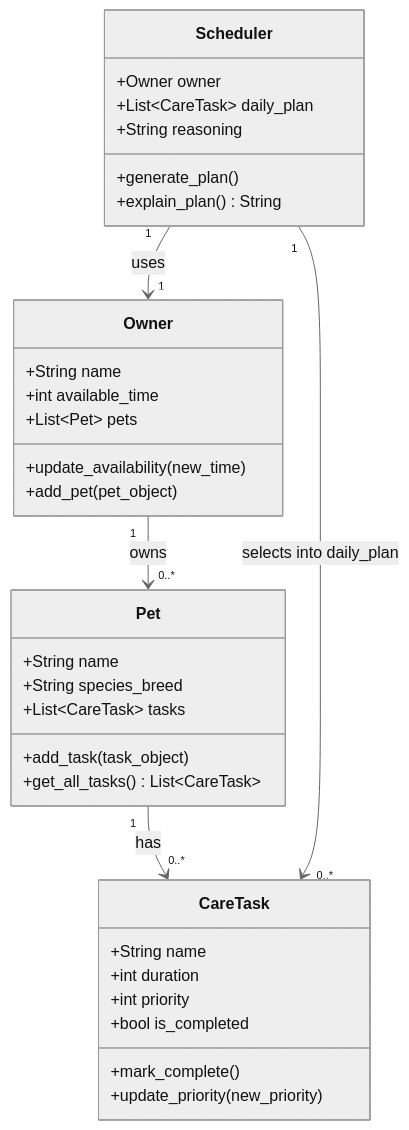
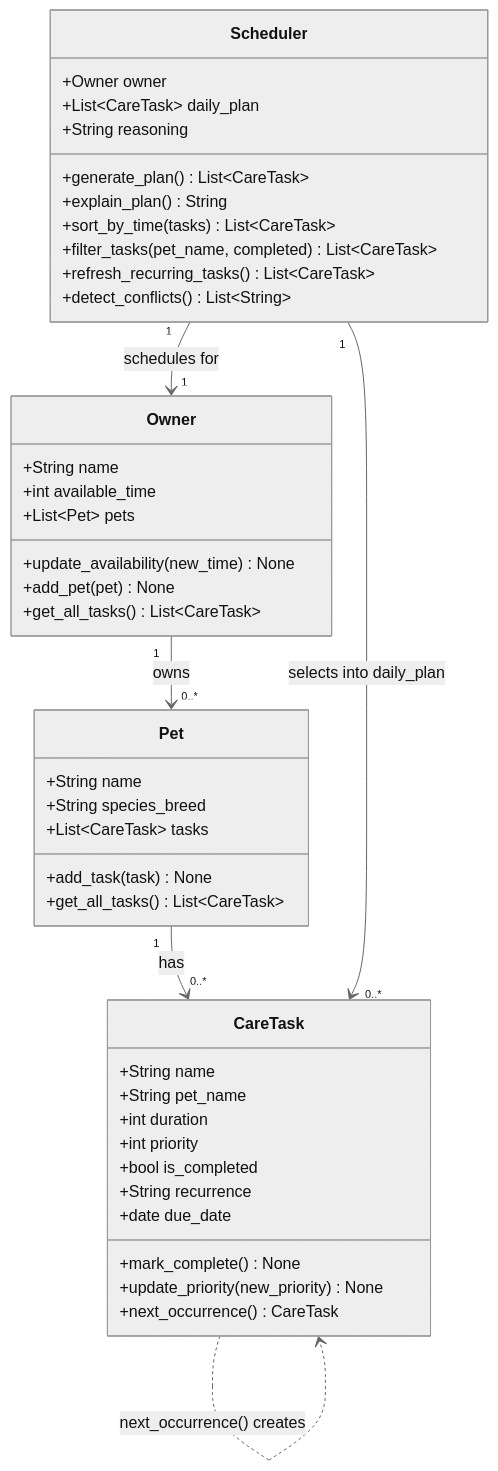
Before and after one commit to pkritika/ai110-module2show-pawpal-starter: the diagram in diagram.md, drawn with Mermaid (neutral theme). The commit also changed other lines of this file, not shown here.

Commit message:
Update UML diagram to match final pawpal_system.py implementation

````diff
--- a/diagram.md
+++ b/diagram.md
@@ -1,40 +1,50 @@
 ```mermaid
 classDiagram
     class Owner {
         +String name
         +int available_time
         +List~Pet~ pets
-        +update_availability(new_time)
-        +add_pet(pet_object)
+        +update_availability(new_time) None
+        +add_pet(pet) None
+        +get_all_tasks() List~CareTask~
     }
 
     class Pet {
         +String name
         +String species_breed
         +List~CareTask~ tasks
-        +add_task(task_object)
+        +add_task(task) None
         +get_all_tasks() List~CareTask~
     }
 
     class CareTask {
         +String name
+        +String pet_name
         +int duration
         +int priority
         +bool is_completed
-        +mark_complete()
-        +update_priority(new_priority)
+        +String recurrence
+        +date due_date
+        +mark_complete() None
+        +update_priority(new_priority) None
+        +next_occurrence() CareTask
     }
 
     class Scheduler {
         +Owner owner
         +List~CareTask~ daily_plan
         +String reasoning
-        +generate_plan()
+        +generate_plan() List~CareTask~
         +explain_plan() String
+        +sort_by_time(tasks) List~CareTask~
+        +filter_tasks(pet_name, completed) List~CareTask~
+        +refresh_recurring_tasks() List~CareTask~
+        +detect_conflicts() List~String~
     }
 
     Owner "1" --> "0..*" Pet : owns
     Pet "1" --> "0..*" CareTask : has
-    Scheduler "1" --> "1" Owner : uses
+    Scheduler "1" --> "1" Owner : schedules for
     Scheduler "1" --> "0..*" CareTask : selects into daily_plan
+    CareTask ..> CareTask : next_occurrence() creates
 ```
````
